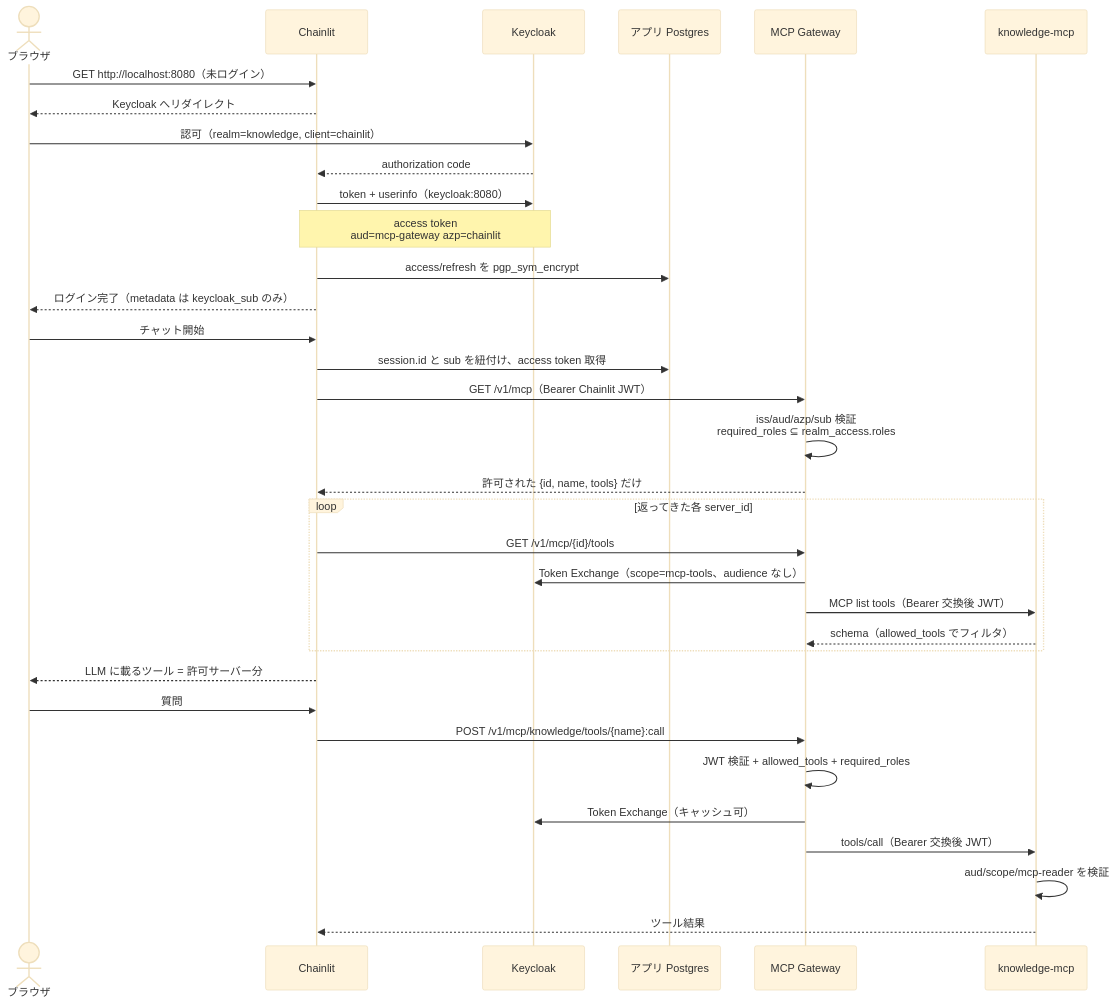
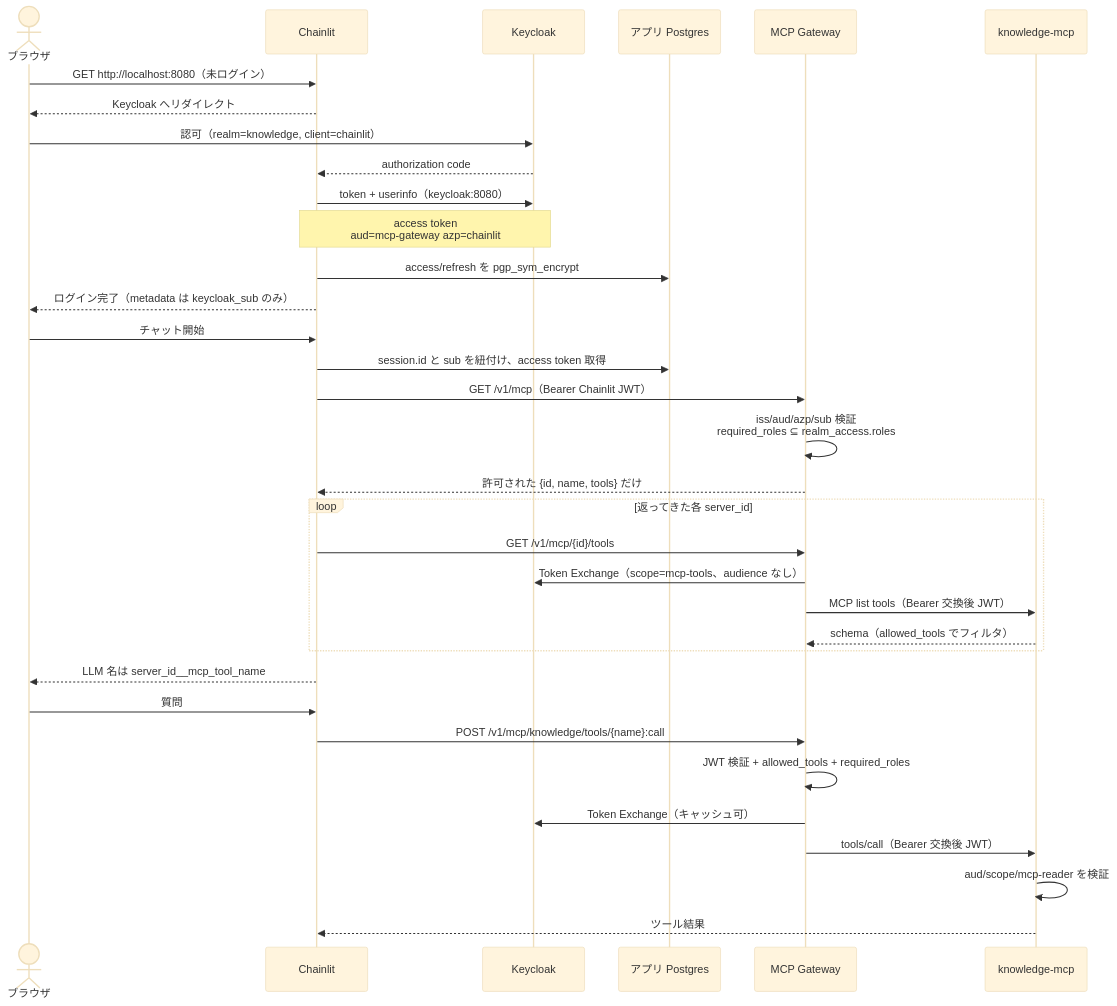
Before and after one commit to s-kodani/template-ai-coding: the diagram in docs/current/features/authentication.md, drawn with Mermaid (base theme). The commit also changed other lines of this file and 4 other files, not shown here.

````diff
--- a/docs/current/features/authentication.md
+++ b/docs/current/features/authentication.md
@@ -51,39 +51,39 @@
 ```mermaid
 sequenceDiagram
     actor User as ブラウザ
     participant Chainlit
     participant Keycloak
     participant PG as アプリ Postgres
     participant Gateway as MCP Gateway
     participant MCP as knowledge-mcp
 
     User->>Chainlit: GET http://localhost:8080（未ログイン）
     Chainlit-->>User: Keycloak へリダイレクト
     User->>Keycloak: 認可（realm=knowledge, client=chainlit）
     Keycloak-->>Chainlit: authorization code
     Chainlit->>Keycloak: token + userinfo（keycloak:8080）
     Note over Keycloak,Chainlit: access token<br/>aud=mcp-gateway azp=chainlit
     Chainlit->>PG: access/refresh を pgp_sym_encrypt
     Chainlit-->>User: ログイン完了（metadata は keycloak_sub のみ）
 
     User->>Chainlit: チャット開始
     Chainlit->>PG: session.id と sub を紐付け、access token 取得
     Chainlit->>Gateway: GET /v1/mcp（Bearer Chainlit JWT）
     Gateway->>Gateway: iss/aud/azp/sub 検証<br/>required_roles ⊆ realm_access.roles
     Gateway-->>Chainlit: 許可された {id, name, tools} だけ
     loop 返ってきた各 server_id
         Chainlit->>Gateway: GET /v1/mcp/{id}/tools
         Gateway->>Keycloak: Token Exchange（scope=mcp-tools、audience なし）
         Gateway->>MCP: MCP list tools（Bearer 交換後 JWT）
         MCP-->>Gateway: schema（allowed_tools でフィルタ）
     end
-    Chainlit-->>User: LLM に載るツール = 許可サーバー分
+    Chainlit-->>User: LLM 名は server_id__mcp_tool_name
 
     User->>Chainlit: 質問
     Chainlit->>Gateway: POST /v1/mcp/knowledge/tools/{name}:call
     Gateway->>Gateway: JWT 検証 + allowed_tools + required_roles
     Gateway->>Keycloak: Token Exchange（キャッシュ可）
     Gateway->>MCP: tools/call（Bearer 交換後 JWT）
     MCP->>MCP: aud/scope/mcp-reader を検証
     MCP-->>Chainlit: ツール結果
 ```
````
